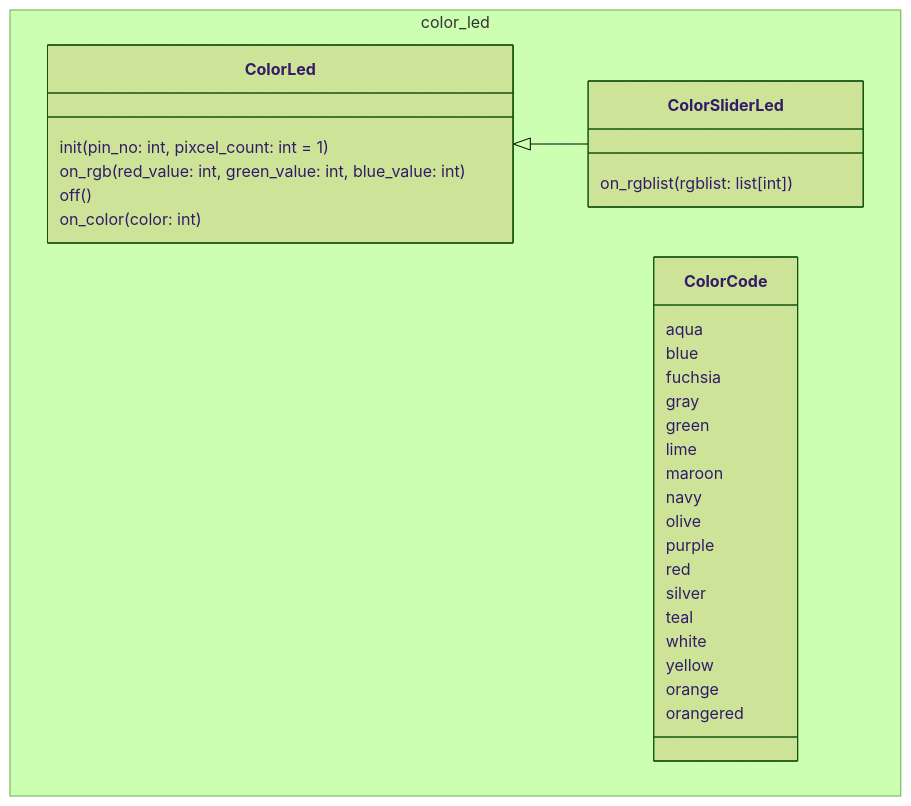
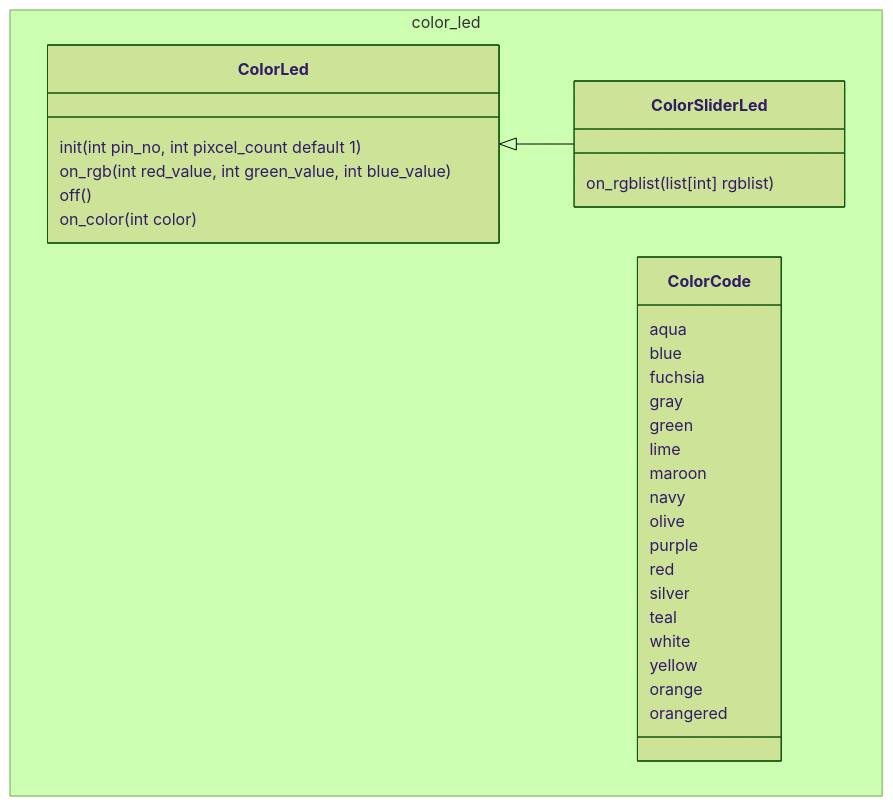
The third of 5 diagrams in Library/picolib/README.md (ModokiSealsky/ElectronicWork), drawn with Mermaid (forest theme) before and after one commit. The commit also changed other lines of this file, not shown here.

Commit message:
クラス図の引数型の書式を修正

````diff
--- a/Library/picolib/README.md
+++ b/Library/picolib/README.md
@@ -98,36 +99,36 @@
 ```mermaid
 classDiagram
 namespace color_led {
     class ColorLed{
-        init(pin_no: int, pixcel_count: int = 1)
-        on_rgb(red_value: int, green_value: int, blue_value: int)
+        init(int pin_no, int pixcel_count default 1)
+        on_rgb(int red_value, int green_value, int blue_value)
         off()
-        on_color(color: int)
+        on_color(int color)
     }
 
     class ColorCode{
         aqua
         blue
         fuchsia
         gray
         green
         lime
         maroon
         navy
         olive
         purple
         red
         silver
         teal
         white
         yellow
         orange
         orangered
     }
 
     class ColorSliderLed{
-        on_rgblist(rgblist: list[int])
+        on_rgblist(list[int] rgblist)
     }
 }
 ColorLed <|-- ColorSliderLed
 ```
````
